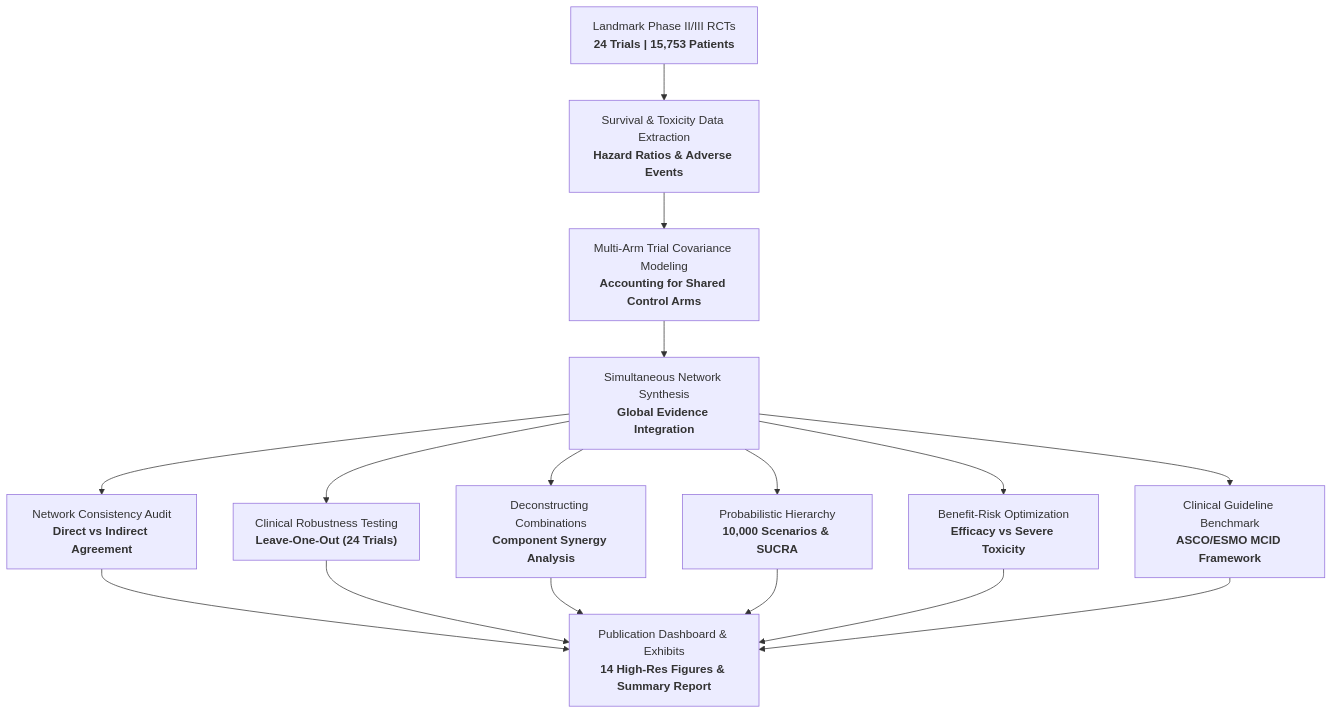
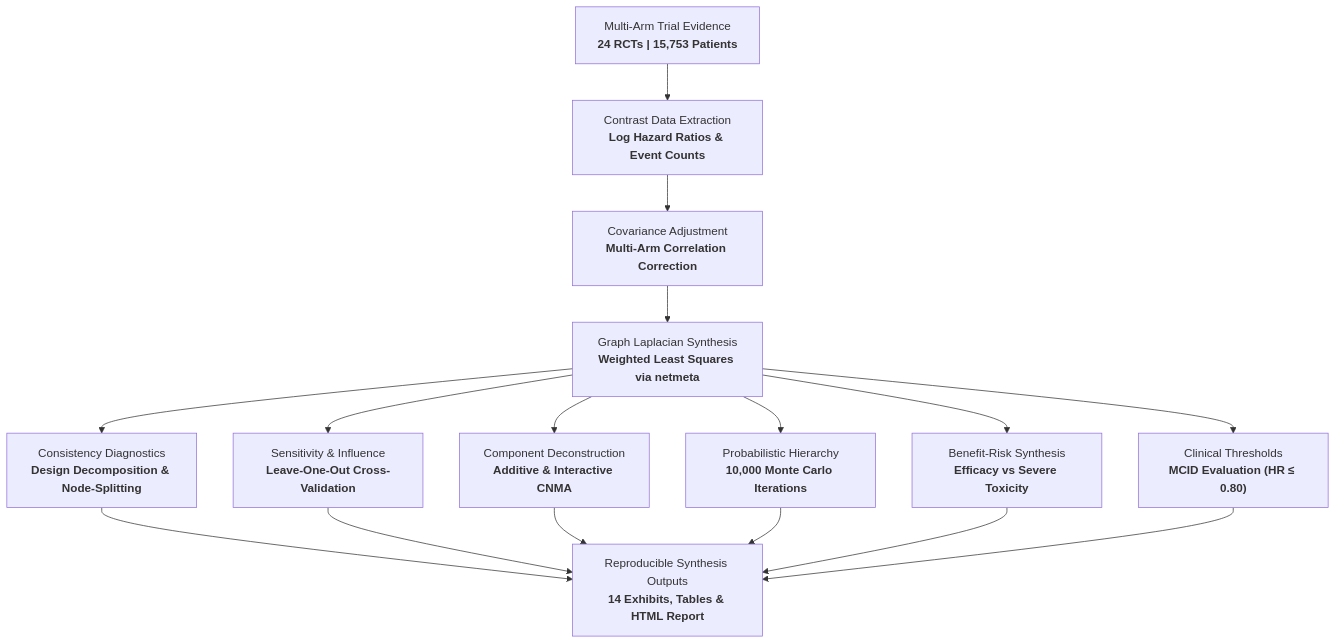
The diagram in README.md (mohamed-s-diab/nma-evidence-synthesis), drawn with Mermaid before and after one commit. The commit also changed other lines of this file and 66 other files, not shown here.

First line of the commit message:
refactor(benchmark): anonymize trial and regimen data into multi-treatment research compendium

````diff
--- a/README.md
+++ b/README.md
@@ -63,13 +58,13 @@
 ```mermaid
 flowchart TD
-    A["Landmark Phase II/III RCTs<br><b>24 Trials | 15,753 Patients</b>"] --> B["Survival & Toxicity Data Extraction<br><b>Hazard Ratios & Adverse Events</b>"]
-    B --> C["Multi-Arm Trial Covariance Modeling<br><b>Accounting for Shared Control Arms</b>"]
-    C --> D["Simultaneous Network Synthesis<br><b>Global Evidence Integration</b>"]
-    D --> E1["Network Consistency Audit<br><b>Direct vs Indirect Agreement</b>"]
-    D --> E2["Clinical Robustness Testing<br><b>Leave-One-Out (24 Trials)</b>"]
-    D --> E3["Deconstructing Combinations<br><b>Component Synergy Analysis</b>"]
-    D --> E4["Probabilistic Hierarchy<br><b>10,000 Scenarios & SUCRA</b>"]
-    D --> E5["Benefit-Risk Optimization<br><b>Efficacy vs Severe Toxicity</b>"]
-    D --> E6["Clinical Guideline Benchmark<br><b>ASCO/ESMO MCID Framework</b>"]
-    E1 & E2 & E3 & E4 & E5 & E6 --> F["Publication Dashboard & Exhibits<br><b>14 High-Res Figures & Summary Report</b>"]
+    A["Multi-Arm Trial Evidence<br><b>24 RCTs | 15,753 Patients</b>"] --> B["Contrast Data Extraction<br><b>Log Hazard Ratios & Event Counts</b>"]
+    B --> C["Covariance Adjustment<br><b>Multi-Arm Correlation Correction</b>"]
+    C --> D["Graph Laplacian Synthesis<br><b>Weighted Least Squares via netmeta</b>"]
+    D --> E1["Consistency Diagnostics<br><b>Design Decomposition & Node-Splitting</b>"]
+    D --> E2["Sensitivity & Influence<br><b>Leave-One-Out Cross-Validation</b>"]
+    D --> E3["Component Deconstruction<br><b>Additive & Interactive CNMA</b>"]
+    D --> E4["Probabilistic Hierarchy<br><b>10,000 Monte Carlo Iterations</b>"]
+    D --> E5["Benefit-Risk Synthesis<br><b>Efficacy vs Severe Toxicity</b>"]
+    D --> E6["Clinical Thresholds<br><b>MCID Evaluation (HR &le; 0.80)</b>"]
+    E1 & E2 & E3 & E4 & E5 & E6 --> F["Reproducible Synthesis Outputs<br><b>14 Exhibits, Tables & HTML Report</b>"]
 ```
````
